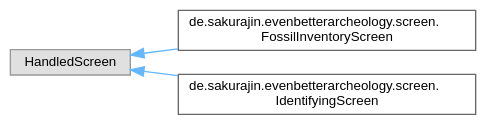
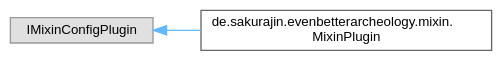
One commit to noah1510/EvenBetterArcheology changed the diagram in inherit_graph_34.dot. Above: the diagram before and after it, drawn with Graphviz. The commit also changed 146 other files, not shown here.

```diff
--- a/inherit_graph_34.dot
+++ b/inherit_graph_34.dot
@@ -1,13 +1,11 @@
 digraph "Graphical Class Hierarchy"
 {
  // LATEX_PDF_SIZE
   bgcolor="transparent";
   edge [fontname=Helvetica,fontsize=10,labelfontname=Helvetica,labelfontsize=10];
   node [fontname=Helvetica,fontsize=10,shape=box,height=0.2,width=0.4];
   rankdir="LR";
-  Node0 [label="HandledScreen",height=0.2,width=0.4,color="grey60", fillcolor="#E0E0E0", style="filled",tooltip=" "];
+  Node0 [label="IMixinConfigPlugin",height=0.2,width=0.4,color="grey60", fillcolor="#E0E0E0", style="filled",tooltip=" "];
   Node0 -> Node1 [dir="back",color="steelblue1",style="solid"];
-  Node1 [label="de.sakurajin.evenbetterarcheology.screen.\lFossilInventoryScreen",height=0.2,width=0.4,color="grey40", fillcolor="white", style="filled",URL="$classde_1_1sakurajin_1_1evenbetterarcheology_1_1screen_1_1FossilInventoryScreen.html",tooltip=" "];
-  Node0 -> Node2 [dir="back",color="steelblue1",style="solid"];
-  Node2 [label="de.sakurajin.evenbetterarcheology.screen.\lIdentifyingScreen",height=0.2,width=0.4,color="grey40", fillcolor="white", style="filled",URL="$classde_1_1sakurajin_1_1evenbetterarcheology_1_1screen_1_1IdentifyingScreen.html",tooltip=" "];
+  Node1 [label="de.sakurajin.evenbetterarcheology.mixin.\lMixinPlugin",height=0.2,width=0.4,color="grey40", fillcolor="white", style="filled",URL="$classde_1_1sakurajin_1_1evenbetterarcheology_1_1mixin_1_1MixinPlugin.html",tooltip=" "];
 }
```
